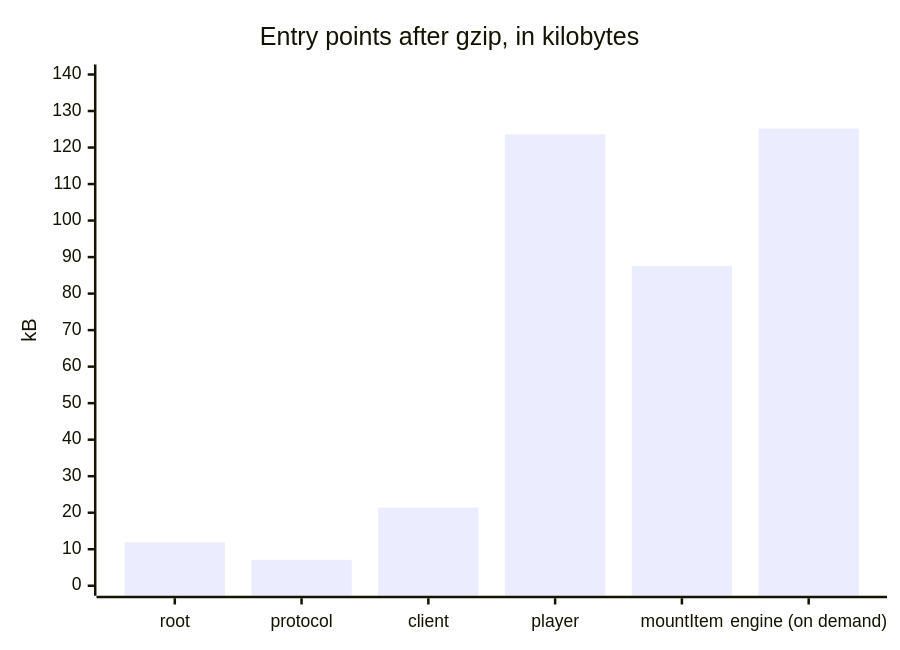
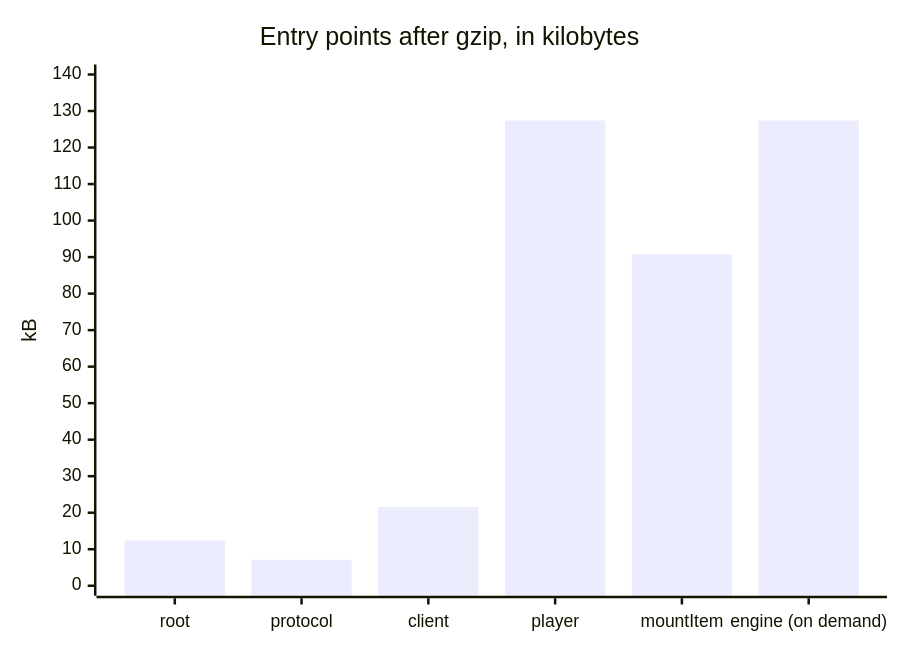
Before and after one commit to assesskit/assesskit: the diagram in docs/player/size.md, drawn with Mermaid. The commit also changed other lines of this file and 48 other files, not shown here.

Commit message:
Read the color theme of the guide, which the schema lacks, never write it, warn in validate, and let the candidate change it among the 14 palettes of the player

````diff
--- a/docs/player/size.md
+++ b/docs/player/size.md
@@ -7,7 +7,7 @@
 ```mermaid
 xychart-beta
   title "Entry points after gzip, in kilobytes"
   x-axis ["root", "protocol", "client", "player", "mountItem", "engine (on demand)"]
   y-axis "kB" 0 --> 140
-  bar [11.9, 7.1, 21.4, 123.6, 87.6, 125.2]
+  bar [12.4, 7.1, 21.6, 127.4, 90.8, 127.4]
 ```
````
